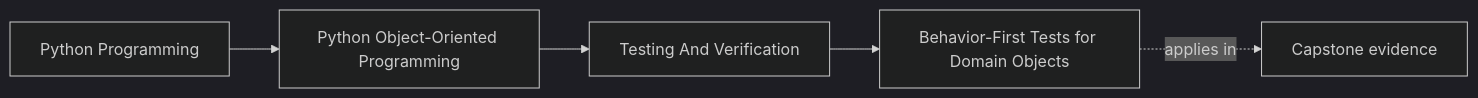
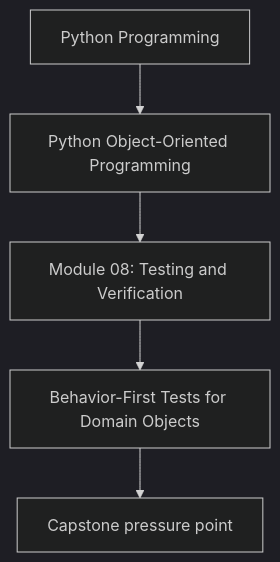
The first of 2 diagrams in programs/python-programming/python-object-oriented-programming/course-book/module-08-testing-and-verification/behavior-first-tests-for-domain-objects.md (bijux/bijux-masterclass), drawn with Mermaid (dark theme) before and after one commit. The commit also changed other lines of this file and 107 other files, not shown here.

Commit message:
docs(python-object-oriented-programming): align concept page diagrams

````diff
--- a/programs/python-programming/python-object-oriented-programming/course-book/module-08-testing-and-verification/behavior-first-tests-for-domain-objects.md
+++ b/programs/python-programming/python-object-oriented-programming/course-book/module-08-testing-and-verification/behavior-first-tests-for-domain-objects.md
@@ -7,11 +7,7 @@
 ```mermaid
-graph LR
-  family["Python Programming"]
-  program["Python Object-Oriented Programming"]
-  section["Testing And Verification"]
-  page["Behavior-First Tests for Domain Objects"]
-  capstone["Capstone evidence"]
-
-  family --> program --> section --> page
-  page -.applies in.-> capstone
+flowchart TD
+  family["Python Programming"] --> program["Python Object-Oriented Programming"]
+  program --> module["Module 08: Testing and Verification"]
+  module --> concept["Behavior-First Tests for Domain Objects"]
+  concept --> capstone["Capstone pressure point"]
 ```
````
